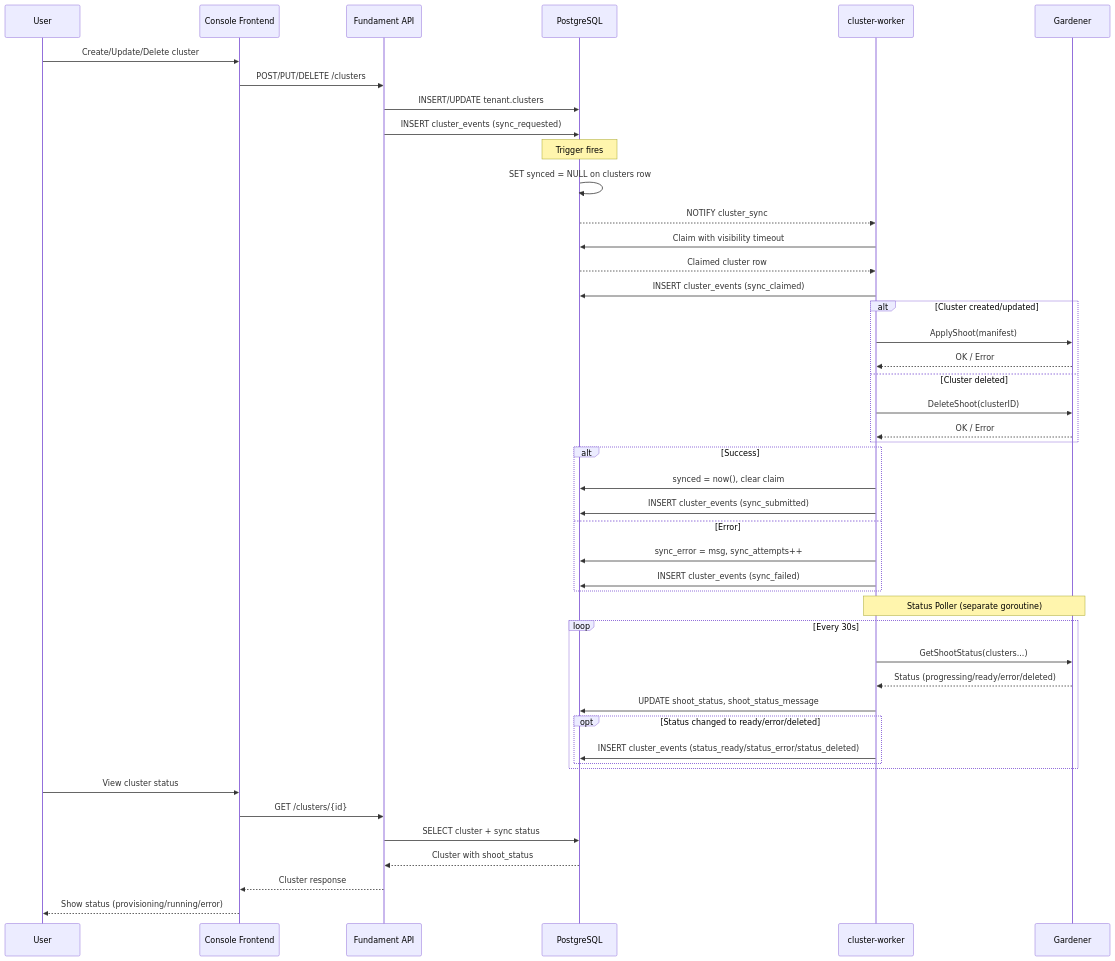
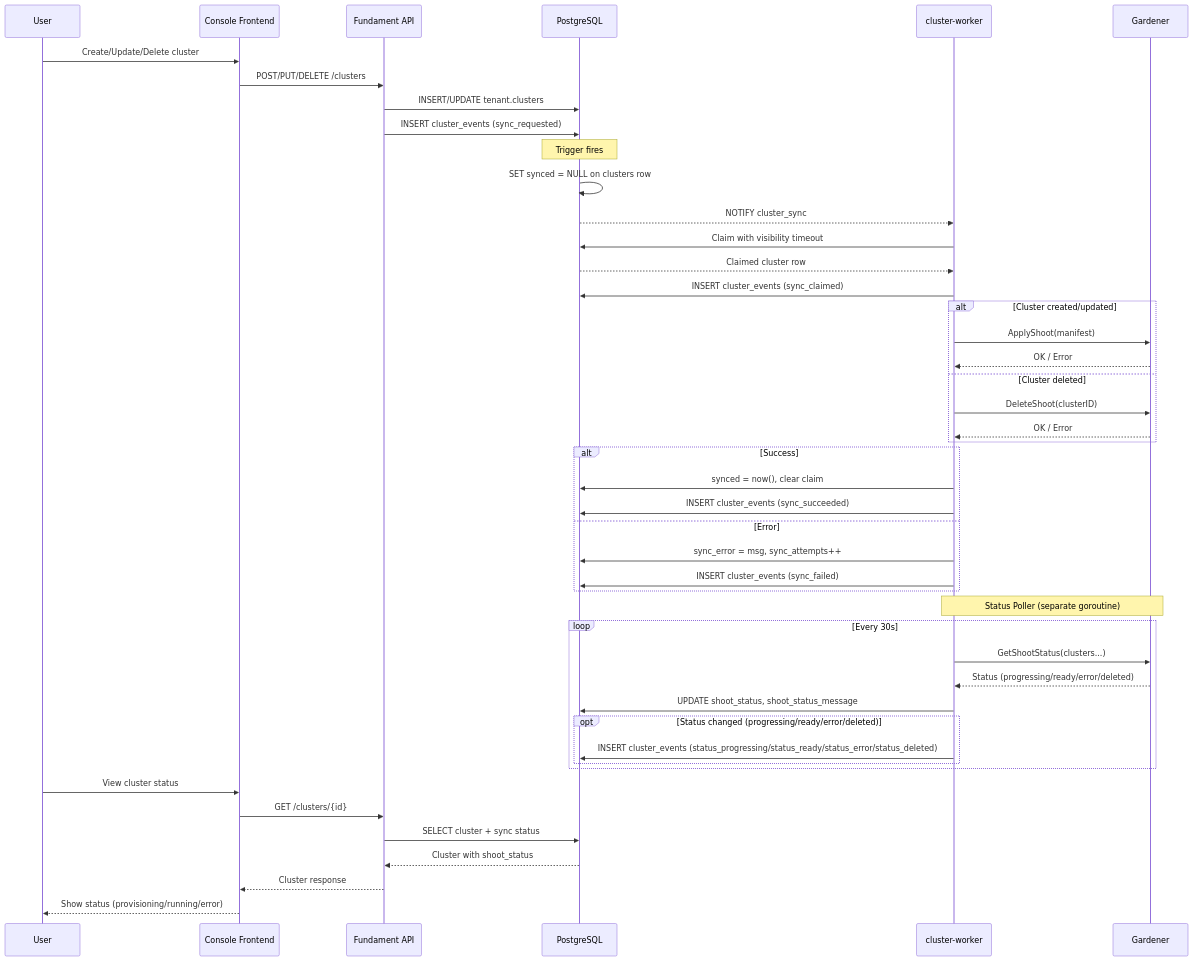
The first of 2 diagrams in cluster-worker/README.md (fundament-oss/fundament), drawn with Mermaid before and after one commit. The commit also changed other lines of this file and 26 other files, not shown here.

````diff
--- a/cluster-worker/README.md
+++ b/cluster-worker/README.md
@@ -68,56 +68,56 @@
 ```mermaid
 sequenceDiagram
     participant User
     participant Frontend as Console Frontend
     participant API as Fundament API
     participant DB as PostgreSQL
     participant Worker as cluster-worker
     participant Gardener
 
     User->>Frontend: Create/Update/Delete cluster
     Frontend->>API: POST/PUT/DELETE /clusters
     API->>DB: INSERT/UPDATE tenant.clusters
     API->>DB: INSERT cluster_events (sync_requested)
 
     Note over DB: Trigger fires
     DB->>DB: SET synced = NULL on clusters row
     DB-->>Worker: NOTIFY cluster_sync
 
     Worker->>DB: Claim with visibility timeout
     DB-->>Worker: Claimed cluster row
     Worker->>DB: INSERT cluster_events (sync_claimed)
 
     alt Cluster created/updated
         Worker->>Gardener: ApplyShoot(manifest)
         Gardener-->>Worker: OK / Error
     else Cluster deleted
         Worker->>Gardener: DeleteShoot(clusterID)
         Gardener-->>Worker: OK / Error
     end
 
     alt Success
         Worker->>DB: synced = now(), clear claim
-        Worker->>DB: INSERT cluster_events (sync_submitted)
+        Worker->>DB: INSERT cluster_events (sync_succeeded)
     else Error
         Worker->>DB: sync_error = msg, sync_attempts++
         Worker->>DB: INSERT cluster_events (sync_failed)
     end
 
     Note over Worker,Gardener: Status Poller (separate goroutine)
 
     loop Every 30s
         Worker->>Gardener: GetShootStatus(clusters...)
         Gardener-->>Worker: Status (progressing/ready/error/deleted)
         Worker->>DB: UPDATE shoot_status, shoot_status_message
-        opt Status changed to ready/error/deleted
-            Worker->>DB: INSERT cluster_events (status_ready/status_error/status_deleted)
+        opt Status changed (progressing/ready/error/deleted)
+            Worker->>DB: INSERT cluster_events (status_progressing/status_ready/status_error/status_deleted)
         end
     end
 
     User->>Frontend: View cluster status
     Frontend->>API: GET /clusters/{id}
     API->>DB: SELECT cluster + sync status
     DB-->>API: Cluster with shoot_status
     API-->>Frontend: Cluster response
     Frontend-->>User: Show status (provisioning/running/error)
 ```
````
